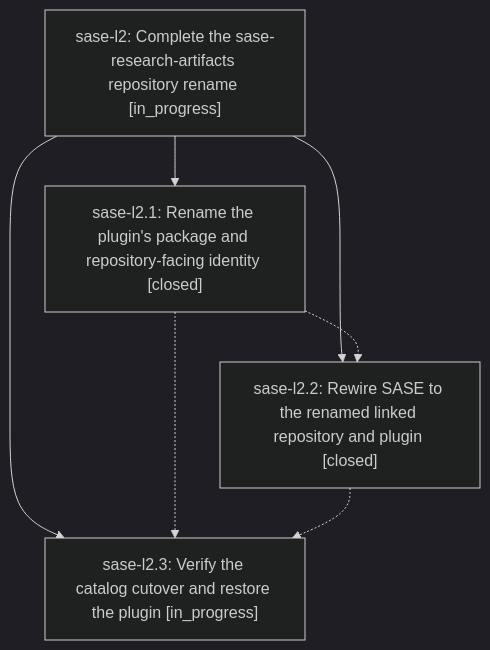
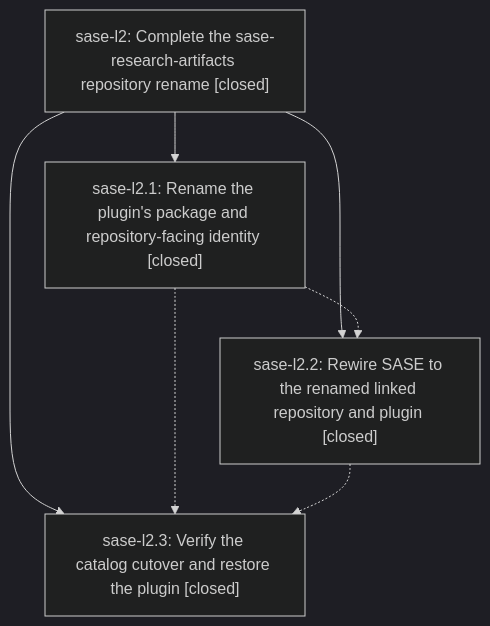
Before and after one commit to sase-org/sase--beads: the diagram in pages/sase-l2/README.md, drawn with Mermaid (dark theme). The commit also changed other lines of this file and 3 other files, not shown here.

````diff
--- a/pages/sase-l2/README.md
+++ b/pages/sase-l2/README.md
@@ -24,13 +42,13 @@
 ```mermaid
 flowchart TD
-    n0["sase-l2: Complete the sase-research-artifacts repository rename [in_progress]"]
+    n0["sase-l2: Complete the sase-research-artifacts repository rename [closed]"]
     n1["sase-l2.1: Rename the plugin's package and repository-facing identity [closed]"]
     n2["sase-l2.2: Rewire SASE to the renamed linked repository and plugin [closed]"]
-    n3["sase-l2.3: Verify the catalog cutover and restore the plugin [in_progress]"]
+    n3["sase-l2.3: Verify the catalog cutover and restore the plugin [closed]"]
     n0 --> n1
     n0 --> n2
     n0 --> n3
     n1 -.-> n2
     n1 -.-> n3
     n2 -.-> n3
 ```
````
